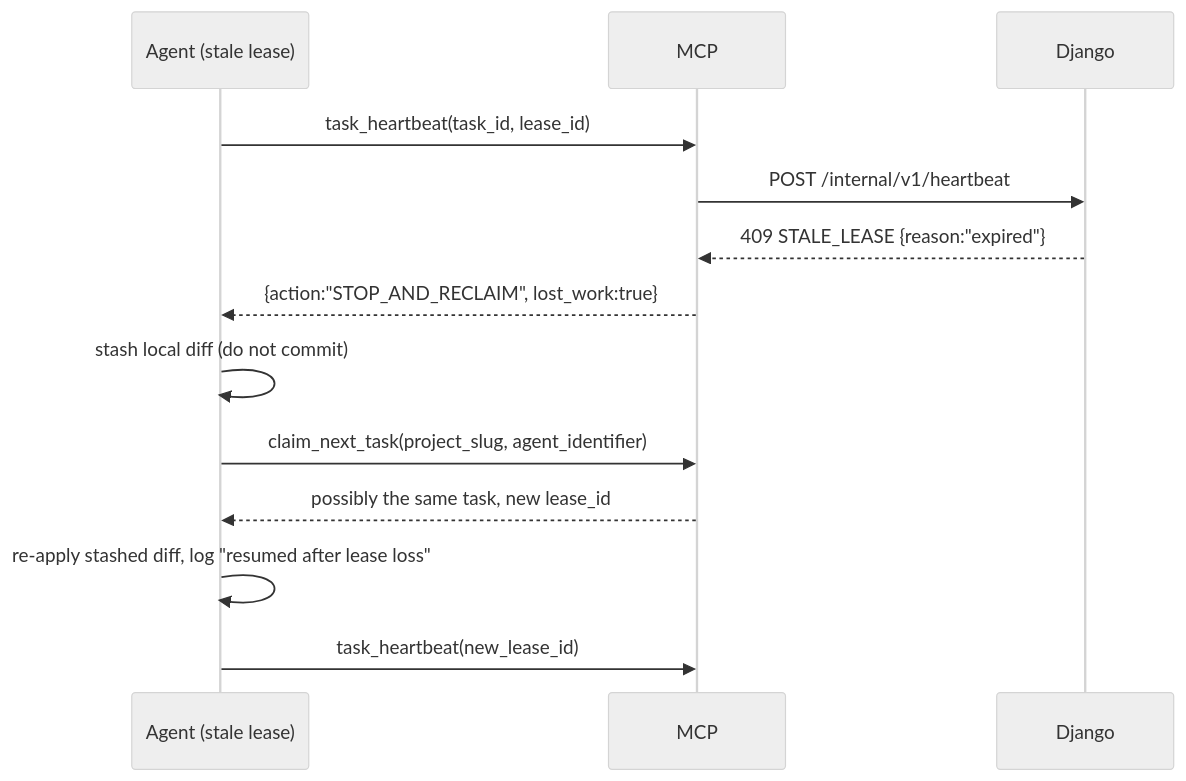
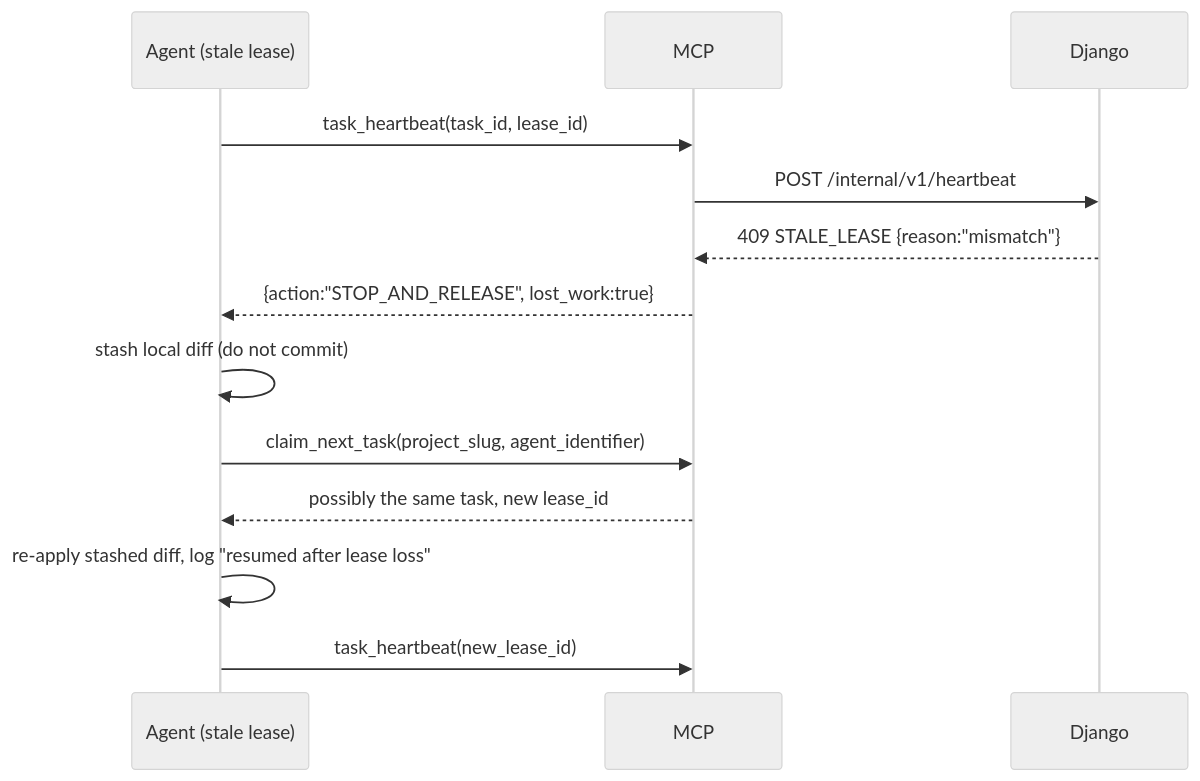
One commit to dananjayahbi/ATLAS-MCP changed the first of 2 diagrams in plan-series/03_fault_tolerance_recovery.md. Above: the diagram before and after it, drawn with Mermaid (neutral theme). The commit also changed other lines of this file and 67 other files, not shown here.

````diff
--- a/plan-series/03_fault_tolerance_recovery.md
+++ b/plan-series/03_fault_tolerance_recovery.md
@@ -200,15 +223,15 @@
 ```mermaid
 sequenceDiagram
     participant A as Agent (stale lease)
     participant M as MCP
     participant D as Django
     A->>M: task_heartbeat(task_id, lease_id)
     M->>D: POST /internal/v1/heartbeat
-    D-->>M: 409 STALE_LEASE {reason:"expired"}
-    M-->>A: {action:"STOP_AND_RECLAIM", lost_work:true}
+    D-->>M: 409 STALE_LEASE {reason:"mismatch"}
+    M-->>A: {action:"STOP_AND_RELEASE", lost_work:true}
     A->>A: stash local diff (do not commit)
     A->>M: claim_next_task(project_slug, agent_identifier)
     M-->>A: possibly the same task, new lease_id
     A->>A: re-apply stashed diff, log "resumed after lease loss"
     A->>M: task_heartbeat(new_lease_id)
 ```
````
